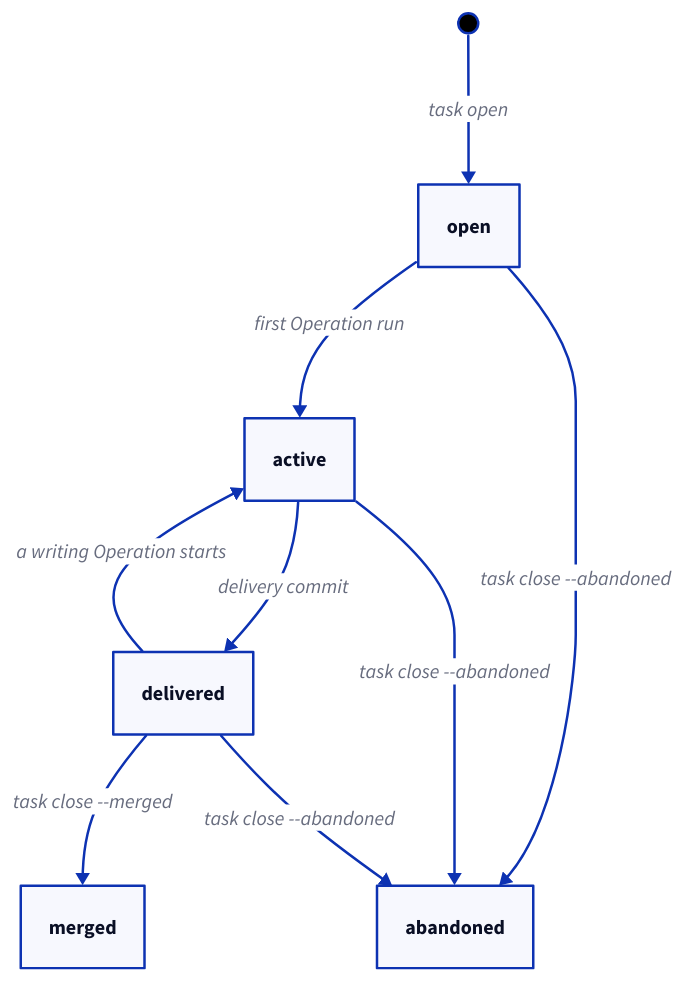
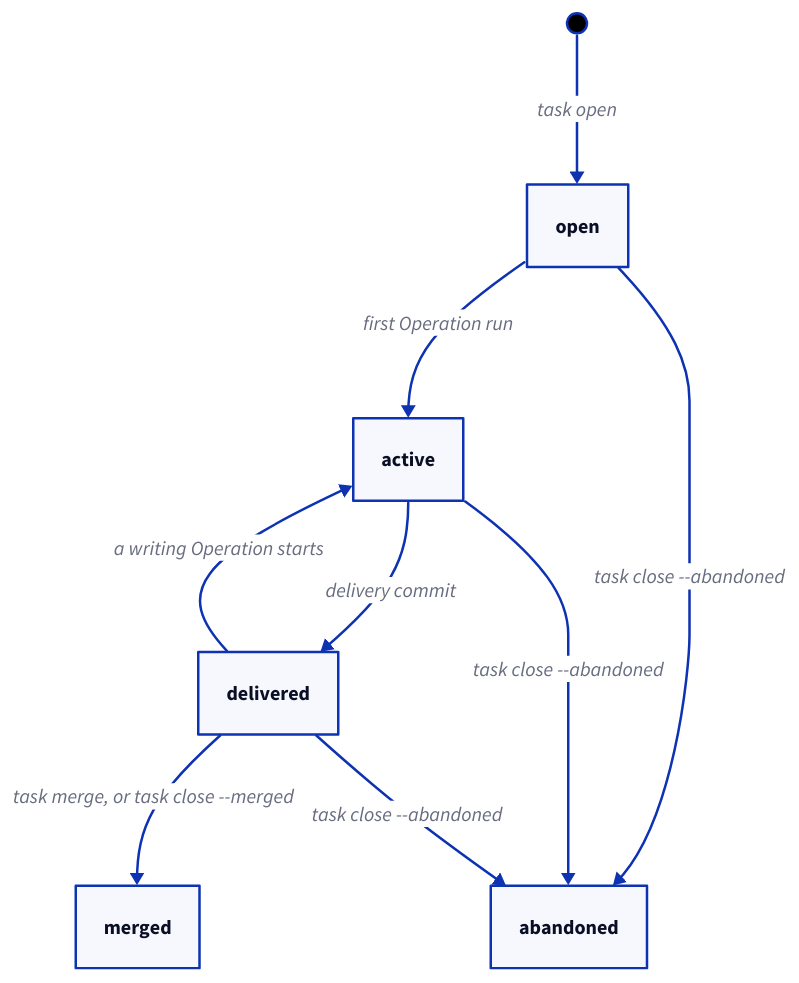
The first of 4 diagrams in specs/concorde/tasks/module.md (FTOD/concorde), drawn with D2 before and after one commit. The commit also changed other lines of this file and 18 other files, not shown here.

First line of the commit message:
Serialize merges with concorde task merge and a merge lock

````diff
--- a/specs/concorde/tasks/module.md
+++ b/specs/concorde/tasks/module.md
@@ -104,16 +107,16 @@
 ```d2 illustrative
 start: "" {shape: circle; width: 16; height: 16; style.fill: black}
 open
 active
 delivered
 merged
 abandoned
 start -> open: task open
 open -> active: first Operation run
 active -> delivered: delivery commit
 delivered -> active: a writing Operation starts
-delivered -> merged: task close --merged
+delivered -> merged: task merge, or task close --merged
 open -> abandoned: task close --abandoned
 active -> abandoned: task close --abandoned
 delivered -> abandoned: task close --abandoned
 ```
````
